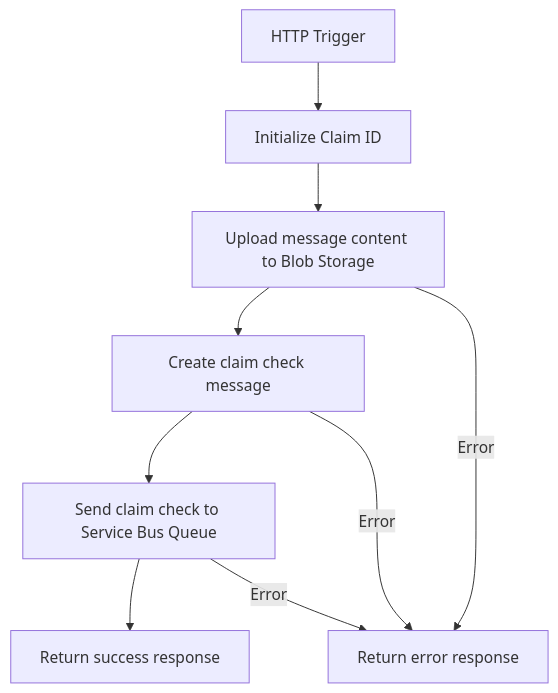
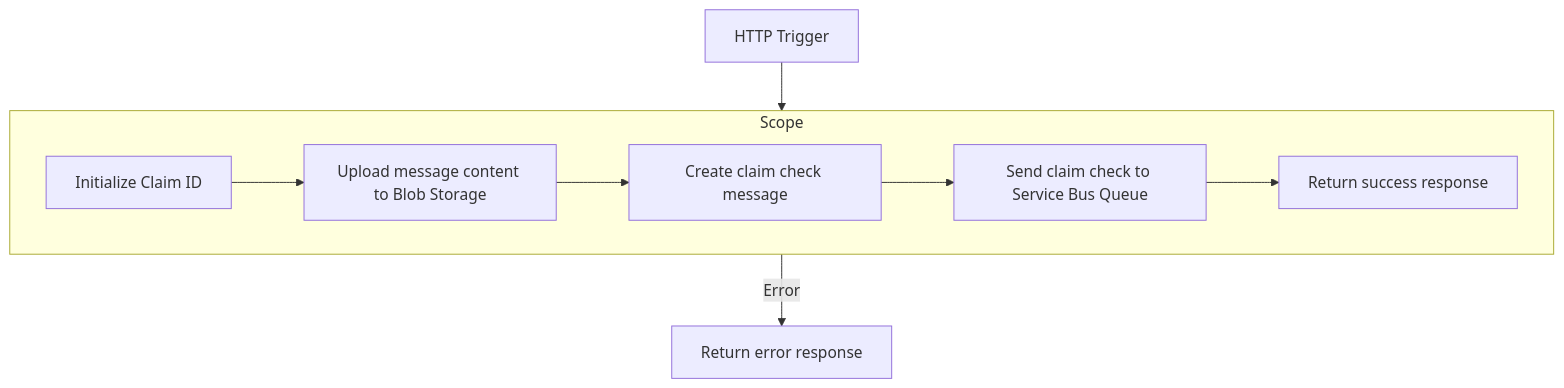
The first of 2 diagrams in LogicApps/README.md (wsilveiranz/la-claimcheck-pattern), drawn with Mermaid before and after one commit. The commit also changed other lines of this file, not shown here.

Commit message:
Refactor workflow diagrams in README.md to use subgraphs for better clarity and organization

````diff
--- a/LogicApps/README.md
+++ b/LogicApps/README.md
@@ -24,12 +24,13 @@
 ```mermaid
 flowchart TD
-    A[HTTP Trigger] --> B[Initialize Claim ID]
-    B --> C[Upload message content to Blob Storage]
+    A[HTTP Trigger] --> Scope
+    
+    subgraph Scope[Scope]
+    B[Initialize Claim ID] --> C[Upload message content to Blob Storage]
     C --> D[Create claim check message]
     D --> E[Send claim check to Service Bus Queue]
     E --> F[Return success response]
+    end
     
-    C -- Error --> G[Return error response]
-    D -- Error --> G
-    E -- Error --> G
+    Scope -- Error --> G[Return error response]
 ```
````
